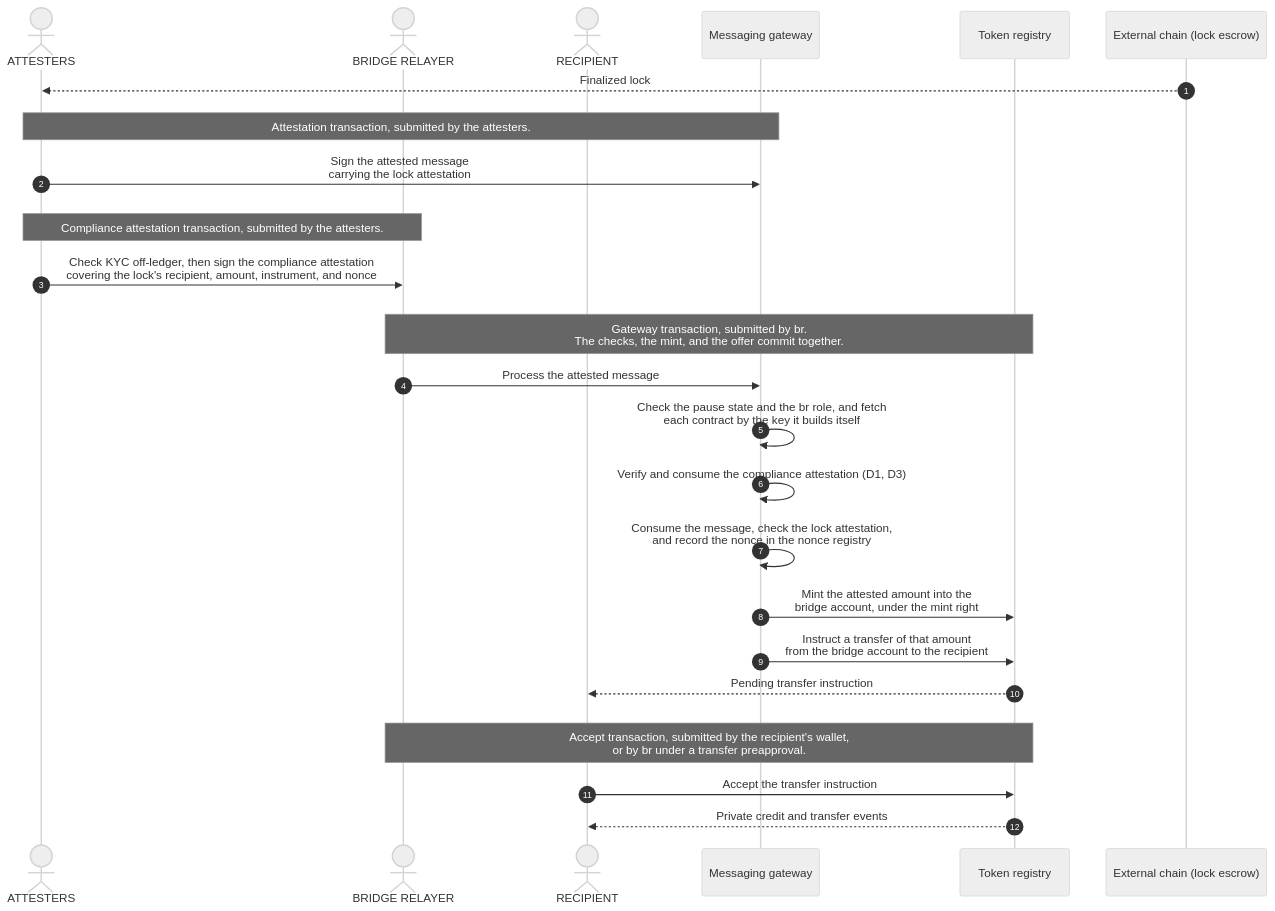
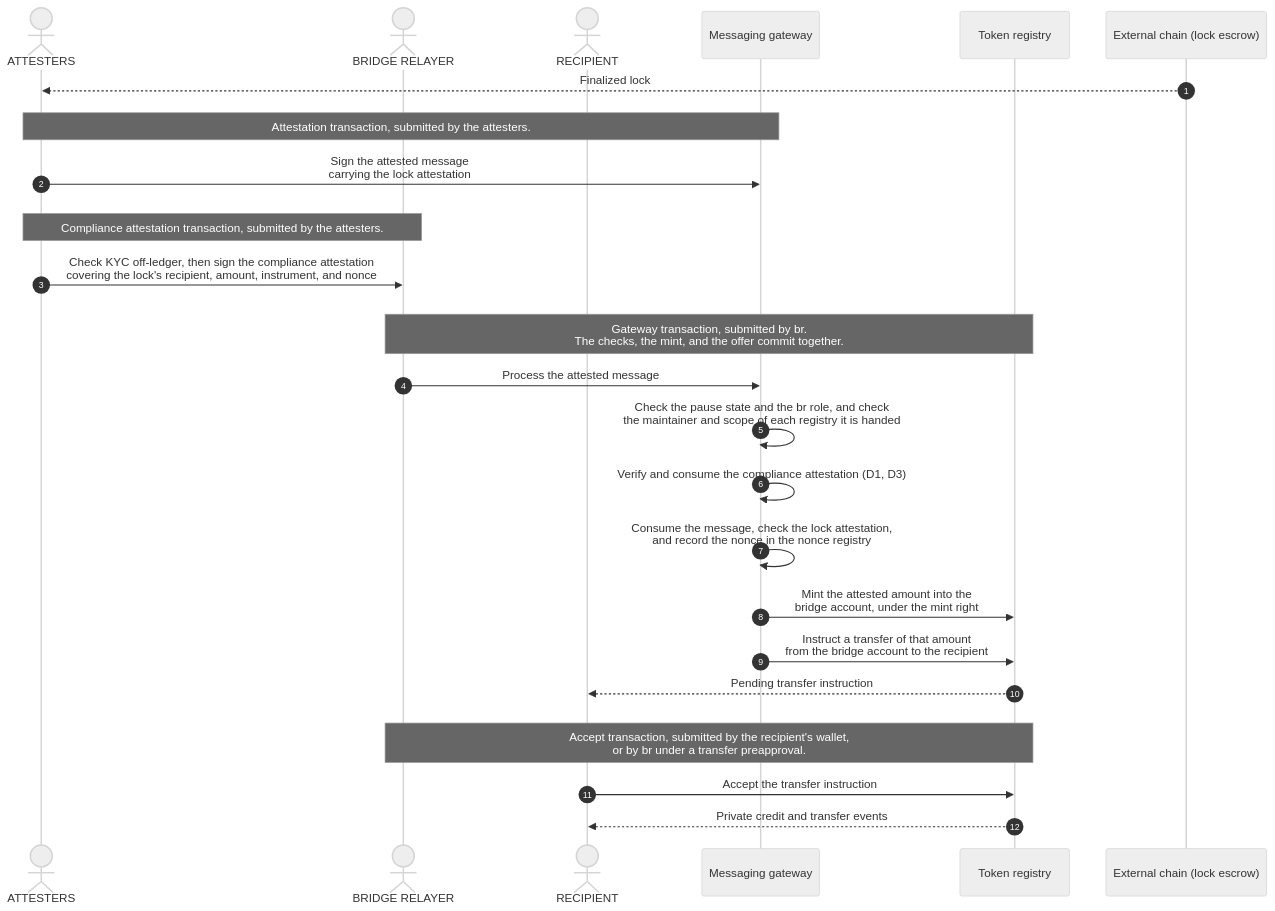
The first of 3 diagrams in docs/reference-architectures/cross-chain-stablecoin.md (OpenZeppelin/canton-specs), drawn with Mermaid (neutral theme) before and after one commit. The commit also changed other lines of this file, not shown here.

Commit message:
Replace registry contract keys with disclosed-contract maintainer and scope checks on Daml-LF 2.1, and have the relayer withdraw lapsed credit instructions

````diff
--- a/docs/reference-architectures/cross-chain-stablecoin.md
+++ b/docs/reference-architectures/cross-chain-stablecoin.md
@@ -332,35 +332,35 @@
 ```mermaid
 sequenceDiagram
     autonumber
     actor Attesters as ATTESTERS
     actor Relayer as BRIDGE RELAYER
     actor Recipient as RECIPIENT
     participant App as Messaging gateway
     participant Registry as Token registry
     participant Chain as External chain (lock escrow)
 
     Chain-->>Attesters: Finalized lock
     rect rgba(255, 255, 255, .1)
         Note over Attesters,App: Attestation transaction, submitted by the attesters.
         Attesters->>App: Sign the attested message<br/>carrying the lock attestation
     end
     rect rgba(255, 255, 255, .1)
         Note over Attesters,Relayer: Compliance attestation transaction, submitted by the attesters.
         Attesters->>Relayer: Check KYC off-ledger, then sign the compliance attestation<br/>covering the lock's recipient, amount, instrument, and nonce
     end
     rect rgba(255, 255, 255, .1)
         Note over Relayer,Registry: Gateway transaction, submitted by br.<br/>The checks, the mint, and the offer commit together.
         Relayer->>App: Process the attested message
-        App->>App: Check the pause state and the br role, and fetch<br/>each contract by the key it builds itself
+        App->>App: Check the pause state and the br role, and check<br/>the maintainer and scope of each registry it is handed
         App->>App: Verify and consume the compliance attestation (D1, D3)
         App->>App: Consume the message, check the lock attestation,<br/>and record the nonce in the nonce registry
         App->>Registry: Mint the attested amount into the<br/>bridge account, under the mint right
         App->>Registry: Instruct a transfer of that amount<br/>from the bridge account to the recipient
         Registry-->>Recipient: Pending transfer instruction
     end
     rect rgba(255, 255, 255, .1)
         Note over Relayer,Registry: Accept transaction, submitted by the recipient's wallet,<br/>or by br under a transfer preapproval.
         Recipient->>Registry: Accept the transfer instruction
         Registry-->>Recipient: Private credit and transfer events
     end
 ```
````
